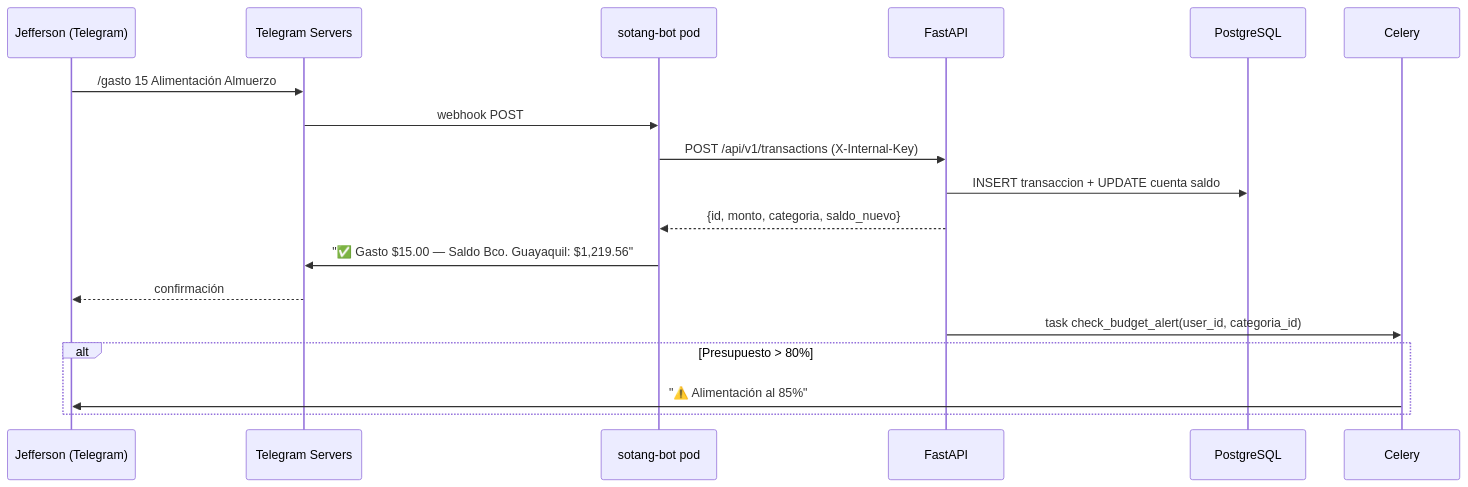
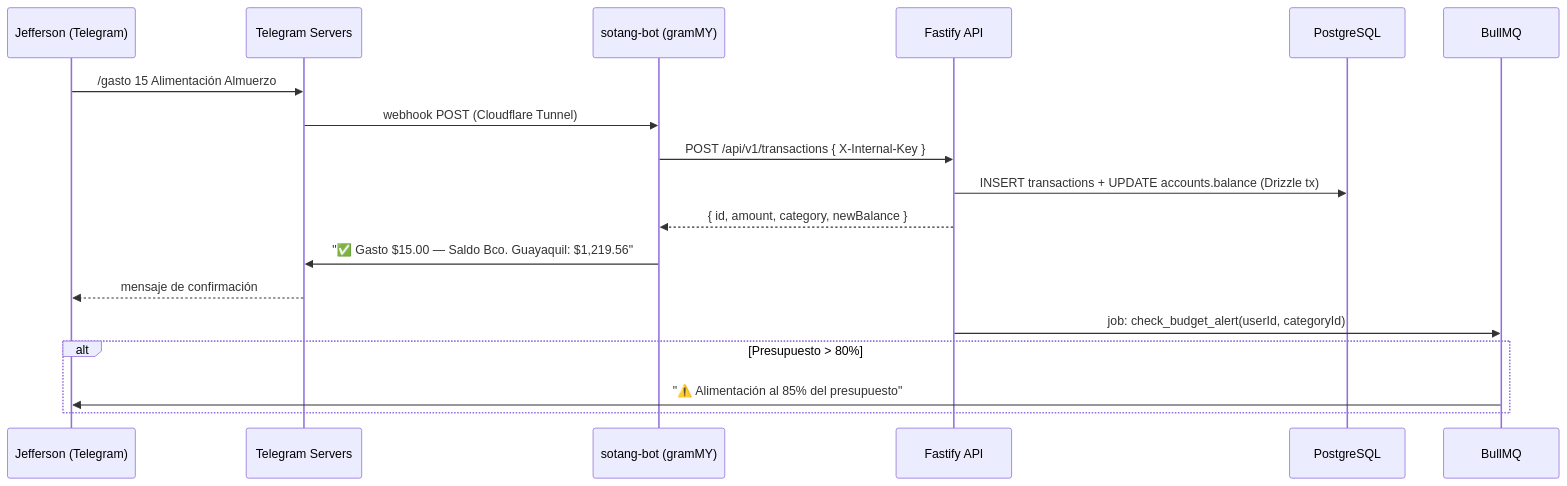
Before and after one commit to root-jeff/Sotang-Documentation: the seventh of 8 diagrams in arquitectura/data-flows.md, drawn with Mermaid. The commit also changed other lines of this file and 17 other files, not shown here.

````diff
--- a/arquitectura/data-flows.md
+++ b/arquitectura/data-flows.md
@@ -126,22 +130,22 @@
 ```mermaid
 sequenceDiagram
     participant J as Jefferson (Telegram)
     participant TG as Telegram Servers
-    participant BOT as sotang-bot pod
-    participant BE as FastAPI
+    participant BOT as sotang-bot (gramMY)
+    participant BE as Fastify API
     participant DB as PostgreSQL
-    participant CEL as Celery
+    participant BULL as BullMQ
 
     J->>TG: /gasto 15 Alimentación Almuerzo
-    TG->>BOT: webhook POST
-    BOT->>BE: POST /api/v1/transactions (X-Internal-Key)
-    BE->>DB: INSERT transaccion + UPDATE cuenta saldo
-    BE-->>BOT: {id, monto, categoria, saldo_nuevo}
+    TG->>BOT: webhook POST (Cloudflare Tunnel)
+    BOT->>BE: POST /api/v1/transactions { X-Internal-Key }
+    BE->>DB: INSERT transactions + UPDATE accounts.balance (Drizzle tx)
+    BE-->>BOT: { id, amount, category, newBalance }
     BOT->>TG: "✅ Gasto $15.00 — Saldo Bco. Guayaquil: $1,219.56"
-    TG-->>J: confirmación
+    TG-->>J: mensaje de confirmación
 
-    BE->>CEL: task check_budget_alert(user_id, categoria_id)
+    BE->>BULL: job: check_budget_alert(userId, categoryId)
     alt Presupuesto > 80%
-        CEL->>J: "⚠️ Alimentación al 85%"
+        BULL->>J: "⚠️ Alimentación al 85% del presupuesto"
     end
 ```
````
